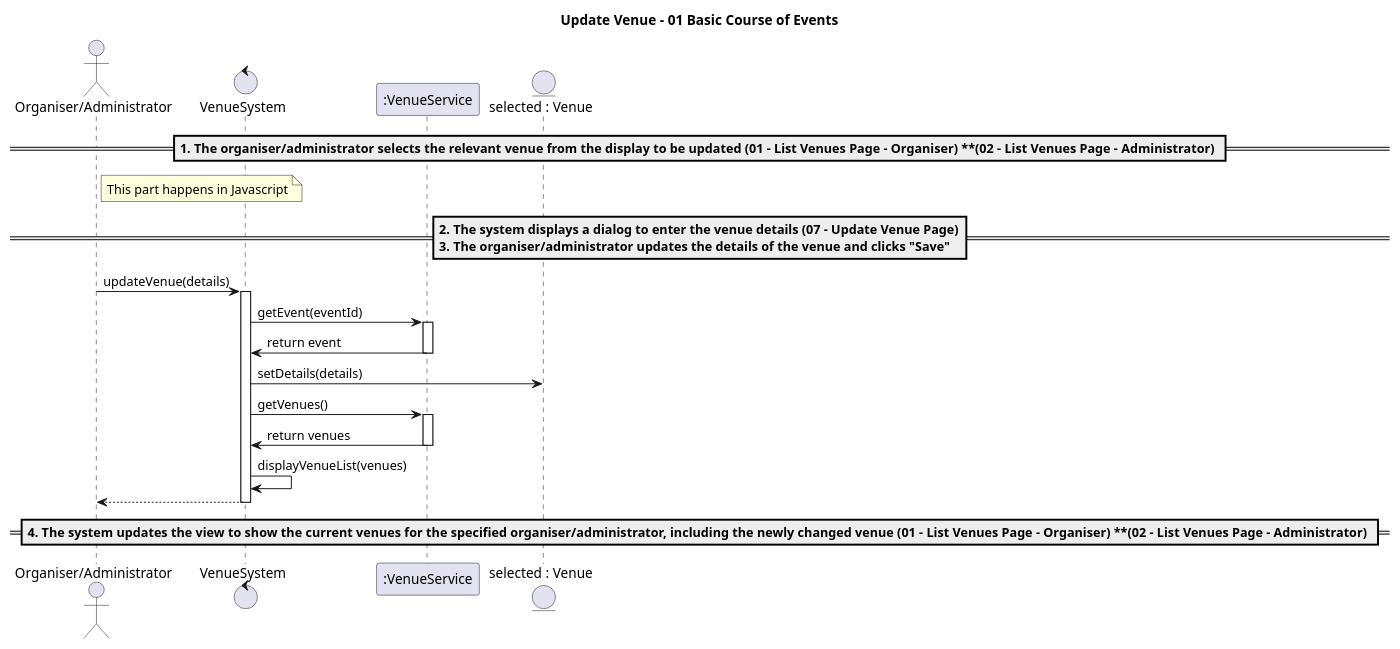
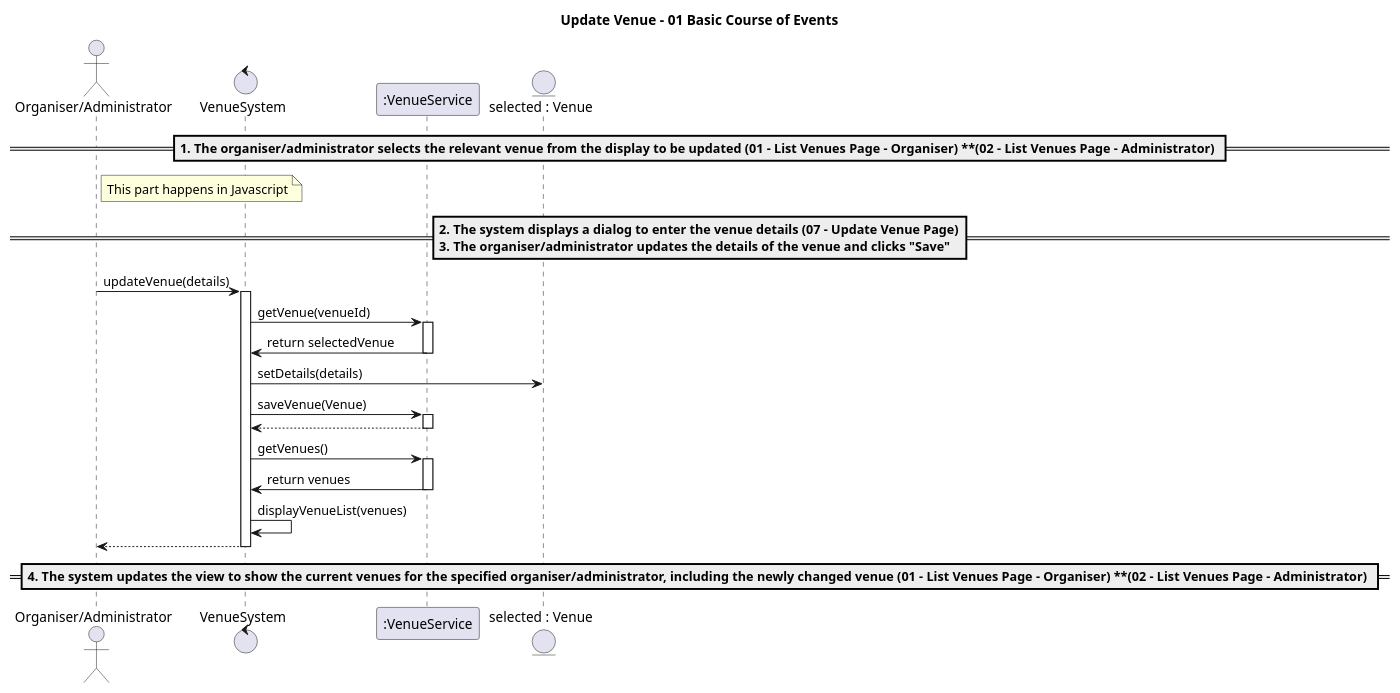
The diagram in 02-analysis/usecases/text/13-update-venue.puml (mrle0429/Event-Management-System), drawn with PlantUML before and after one commit. The commit also changed 7 other files, not shown here.

```diff
--- a/02-analysis/usecases/text/13-update-venue.puml
+++ b/02-analysis/usecases/text/13-update-venue.puml
@@ -1,34 +1,38 @@
 @startuml
 title Update Venue - 01 Basic Course of Events
 
 actor "Organiser/Administrator" as OA
 control VenueSystem as System
 participant ":VenueService" as Service
 entity "selected : Venue" as Venue
 
 == 1. The organiser/administrator selects the relevant venue from the display to be updated **(01 - List Venues Page - Organiser)** **(02 - List Venues Page - Administrator) ==
 note right of OA: This part happens in Javascript
 
 == 2. The system displays a dialog to enter the venue details **(07 - Update Venue Page)**\n3. The organiser/administrator updates the details of the venue and clicks "Save" ==
 
 OA -> System: updateVenue(details)
 activate System
 
-System -> Service: getEvent(eventId)
+System -> Service: getVenue(venueId)
 activate Service
-Service -> System: return event
+Service -> System: return selectedVenue
 deactivate Service
 
 System -> Venue: setDetails(details)
+System -> Service: saveVenue(Venue)
+activate Service
+Service --> System: 
+deactivate Service
 
 System -> Service: getVenues()
 activate Service
 Service -> System: return venues
 deactivate Service
 System -> System: displayVenueList(venues)
 
 System --> OA
 deactivate System
 
 == 4. The system updates the view to show the current venues for the specified organiser/administrator, including the newly changed venue **(01 - List Venues Page - Organiser)** **(02 - List Venues Page - Administrator) ==
 @enduml
```
